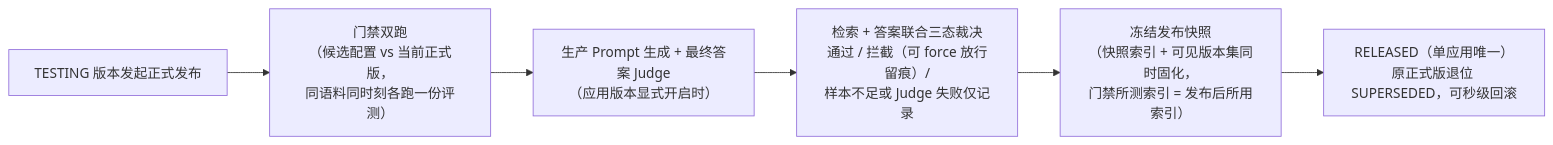
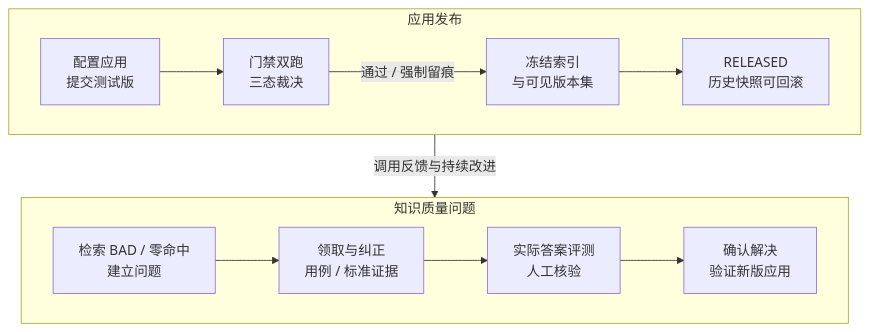
The third of 4 diagrams in README.md (liulangjietou/kb-rag), drawn with Mermaid before and after one commit. The commit also changed other lines of this file and 2 other files, not shown here.

Commit message:
docs: refresh README with panoramic architecture

````diff
--- a/README.md
+++ b/README.md
@@ -130,8 +83,16 @@
 ```mermaid
-flowchart LR
-    T["TESTING 版本发起正式发布"] --> G["门禁双跑<br/>（候选配置 vs 当前正式版，<br/>同语料同时刻各跑一份评测）"]
-    G --> A["生产 Prompt 生成 + 最终答案 Judge<br/>（应用版本显式开启时）"]
-    A --> J["检索 + 答案联合三态裁决<br/>通过 / 拦截（可 force 放行留痕）/<br/>样本不足或 Judge 失败仅记录"]
-    J --> SN["冻结发布快照<br/>（快照索引 + 可见版本集同时固化，<br/>门禁所测索引 = 发布后所用索引）"]
-    SN --> REL["RELEASED（单应用唯一）<br/>原正式版退位 SUPERSEDED，可秒级回滚"]
+flowchart TB
+    subgraph P["应用发布"]
+        direction LR
+        A["配置应用<br/>提交测试版"] --> B["门禁双跑<br/>三态裁决"]
+        B -- "通过 / 强制留痕" --> C["冻结索引<br/>与可见版本集"]
+        C --> D["RELEASED<br/>历史快照可回滚"]
+    end
+    subgraph Q["知识质量问题"]
+        direction LR
+        E["检索 BAD / 零命中<br/>建立问题"] --> F["领取与纠正<br/>用例 / 标准证据"]
+        F --> G["实际答案评测<br/>人工核验"]
+        G --> H["确认解决<br/>验证新版应用"]
+    end
+    P -- "调用反馈与持续改进" --> Q
 ```
````
